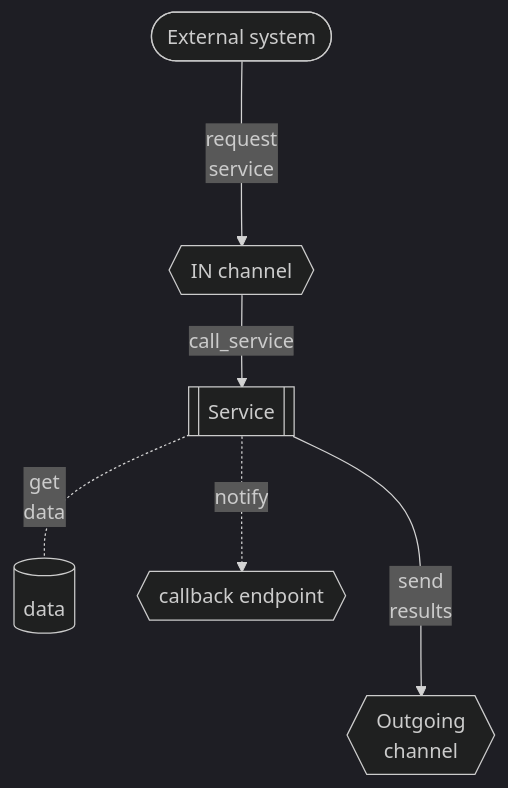
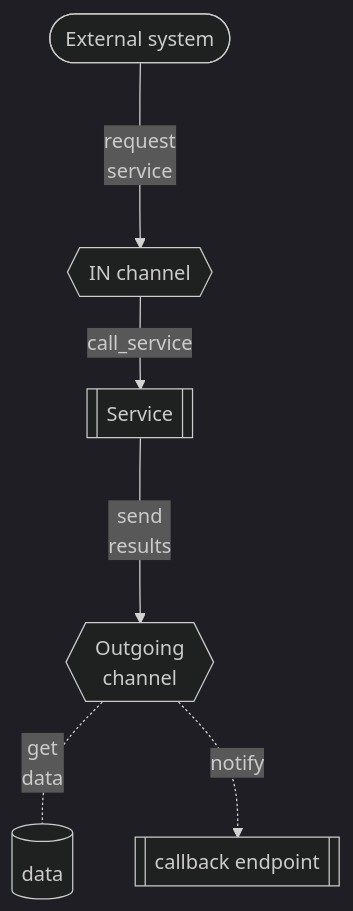
One commit to petre-renware/arint changed the diagram in doc_src/810-DSGN/130.02-Overview.md. Above: the diagram before and after it, drawn with Mermaid (dark theme).

````diff
--- a/doc_src/810-DSGN/130.02-Overview.md
+++ b/doc_src/810-DSGN/130.02-Overview.md
@@ -24,15 +24,19 @@
 ``` mermaid
 graph TD
     SRV[[Service]]
     EXT([External system])
     INCH{{IN channel}}
     DTB[(data)]
     OUTCH{{Outgoing \n channel}}
-    CALLBCK{{callback endpoint}}
+
+    CALLBCK[[callback endpoint]]
     
     EXT --->|request \n service| INCH
     INCH --> |call_service| SRV
-    SRV -.- |get \n data| DTB
     SRV --->|send \n results| OUTCH
-    SRV -.-> |notify| CALLBCK
+    
+    OUTCH -.- |get \n data| DTB
+    OUTCH -.-> |notify| CALLBCK
+
+
 ```
````
